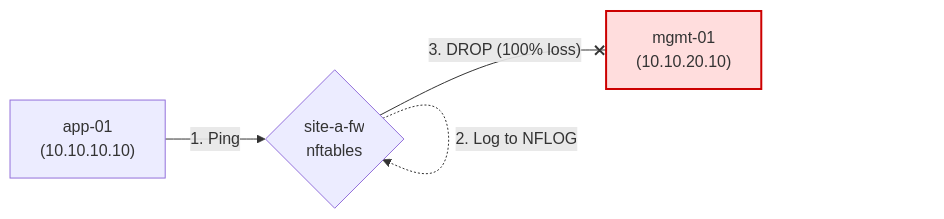
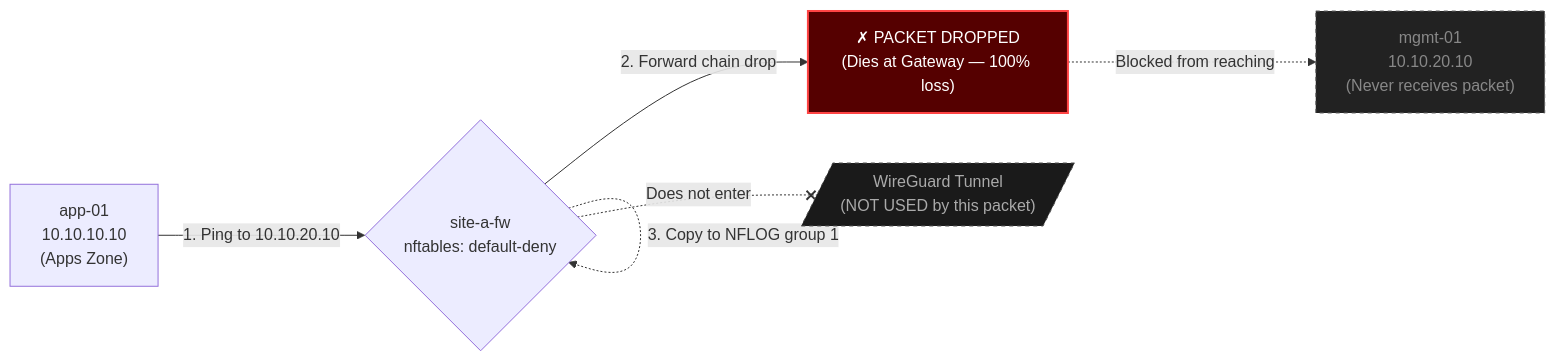
One commit to Douglasdadog/hm-network-home-lab changed the second of 3 diagrams in docs/topology.md. Above: the diagram before and after it, drawn with Mermaid.

Commit message:
clarify Picture 2 diagram to explicitly show packet drop and tunnel exclusion

````diff
--- a/docs/topology.md
+++ b/docs/topology.md
@@ -49,13 +49,18 @@
 ```mermaid
 flowchart LR
-  app01["app-01<br/>(10.10.10.10)"]
-  fwA{"site-a-fw<br/>nftables"}
-  mgmt01["mgmt-01<br/>(10.10.20.10)"]
+  app01["app-01<br/>10.10.10.10<br/>(Apps Zone)"]
+  fwA{"site-a-fw<br/>nftables: default-deny"}
+  dropped["✗ PACKET DROPPED<br/>(Dies at Gateway — 100% loss)"]
+  mgmt01["mgmt-01<br/>10.10.20.10<br/>(Never receives packet)"]
+  tunnel[/"WireGuard Tunnel<br/>(NOT USED by this packet)"/]
 
-  app01 -->|"1. Ping"| fwA
-  fwA -.->|"2. Log to NFLOG"| fwA
-  fwA --x|"3. DROP (100% loss)"| mgmt01
+  app01 -->|"1. Ping to 10.10.20.10"| fwA
+  fwA -->|"2. Forward chain drop"| dropped
+  dropped -.->|"Blocked from reaching"| mgmt01
+  fwA -.->|"3. Copy to NFLOG group 1"| fwA
+  fwA -.-x|"Does not enter"| tunnel
 
-  classDef drop fill:#ffdddd,stroke:#cc0000,stroke-width:2px;
-  class mgmt01 drop;
+  style dropped fill:#550000,stroke:#ff4444,stroke-width:2px,color:#ffffff
+  style mgmt01 fill:#222222,stroke:#666666,stroke-dasharray: 4 4,color:#888888
+  style tunnel fill:#1a1a1a,stroke:#555555,stroke-dasharray: 4 4,color:#aaaaaa
 ```
````
